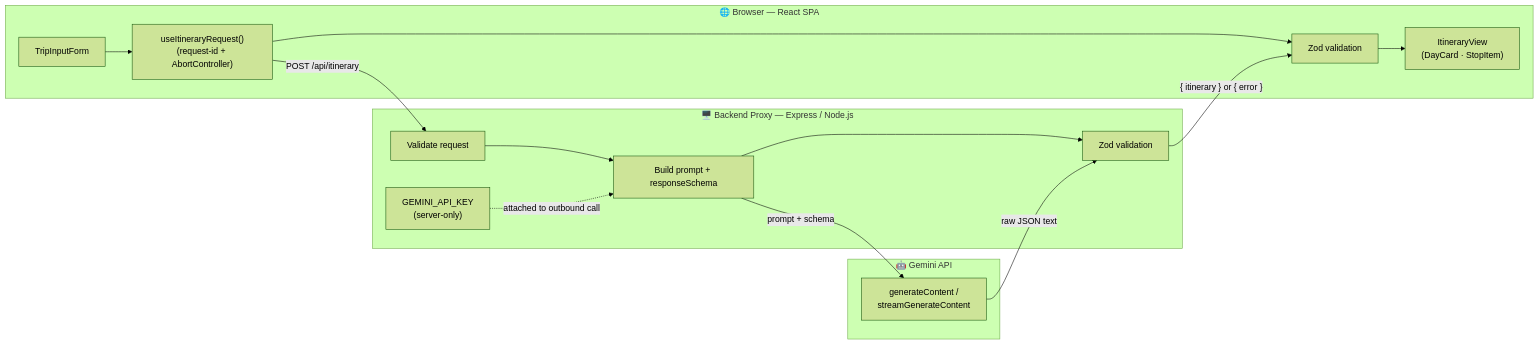
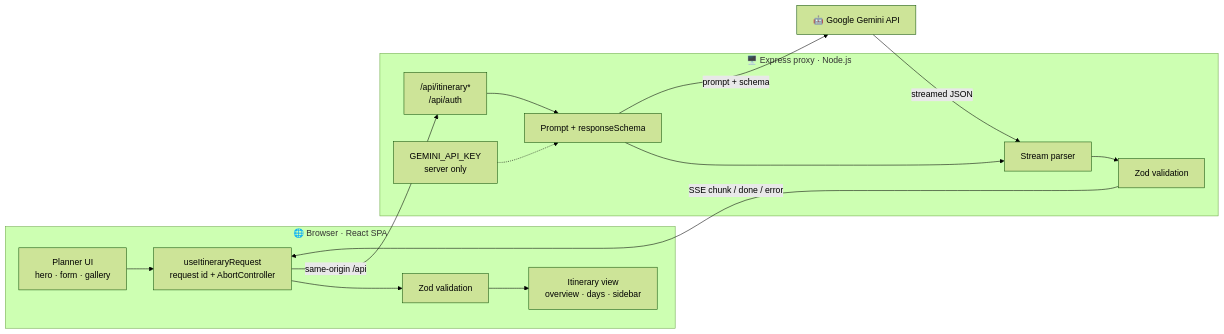
Before and after one commit to Exohubb/ai-trip-planner: the sixth of 7 diagrams in README.md, drawn with Mermaid (forest theme). The commit also changed other lines of this file, not shown here.

````diff
--- a/README.md
+++ b/README.md
@@ -57,28 +258,27 @@
 ```mermaid
 flowchart LR
-    subgraph Browser["🌐 Browser — React SPA"]
-        A[TripInputForm]
-        B["useItineraryRequest()\n(request-id + AbortController)"]
-        C[Zod validation]
-        D["ItineraryView\n(DayCard · StopItem)"]
-        A --> B --> C --> D
+    subgraph Browser["🌐 Browser · React SPA"]
+        UI["Planner UI<br/>hero · form · gallery"]
+        Hook["useItineraryRequest<br/>request id + AbortController"]
+        ZC["Zod validation"]
+        View["Itinerary view<br/>overview · days · sidebar"]
+        UI --> Hook --> ZC --> View
     end
 
-    subgraph Proxy["🖥️ Backend Proxy — Express / Node.js"]
-        E[Validate request]
-        F[Build prompt + responseSchema]
-        G["GEMINI_API_KEY\n(server-only)"]
-        H[Zod validation]
-        E --> F --> H
-        G -.attached to outbound call.-> F
+    subgraph Server["🖥️ Express proxy · Node.js"]
+        Routes["/api/itinerary*<br/>/api/auth"]
+        Prompt["Prompt + responseSchema"]
+        Parse["Stream parser"]
+        ZS["Zod validation"]
+        Key["GEMINI_API_KEY<br/>server only"]
+        Routes --> Prompt --> Parse --> ZS
+        Key -.-> Prompt
     end
 
-    subgraph LLM["🤖 Gemini API"]
-        I[generateContent /\nstreamGenerateContent]
-    end
+    LLM["🤖 Google Gemini API"]
 
-    B -- "POST /api/itinerary" --> E
-    F -- "prompt + schema" --> I
-    I -- "raw JSON text" --> H
-    H -- "{ itinerary } or { error }" --> C
+    Hook -- "same-origin /api" --> Routes
+    Prompt -- "prompt + schema" --> LLM
+    LLM -- "streamed JSON" --> Parse
+    ZS -- "SSE chunk / done / error" --> Hook
 ```
````
